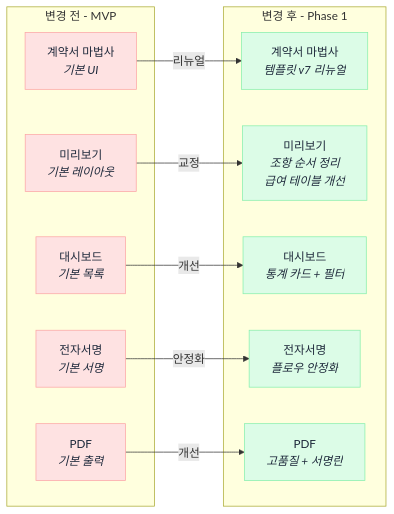
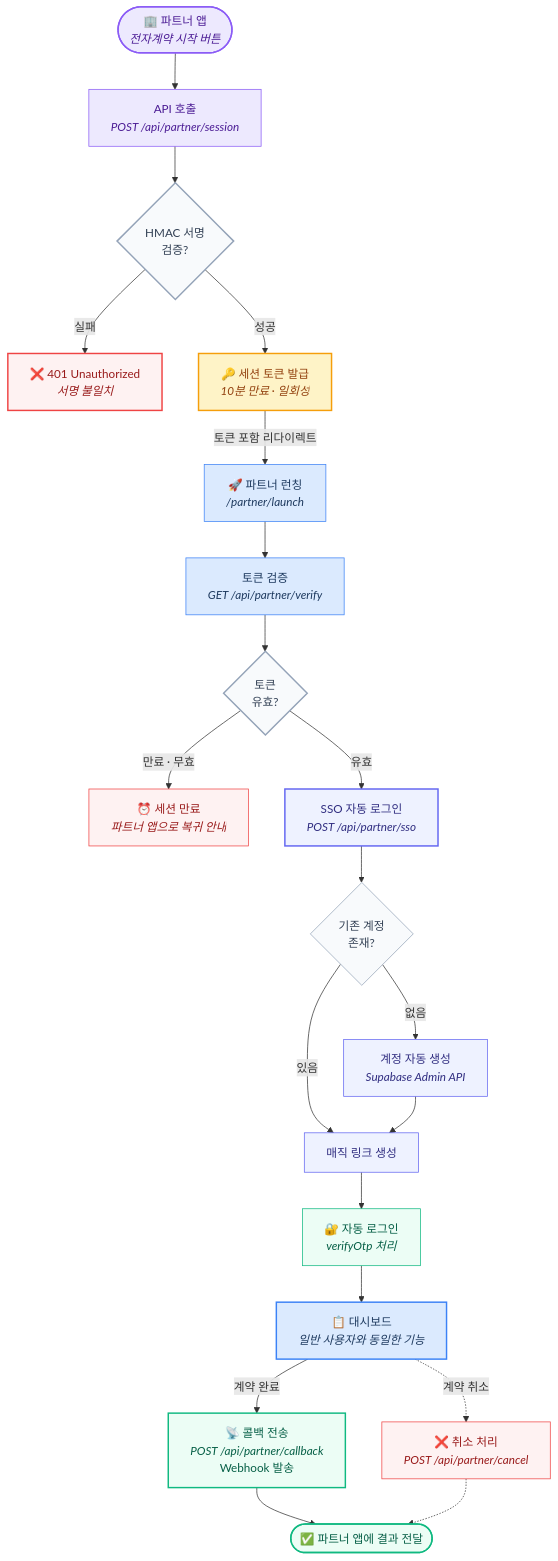
The fourth of 7 diagrams in docs/06_플로우차트.md (jadegirl/hagon26), drawn with Mermaid before and after one commit. The commit also changed other lines of this file and 1 other file, not shown here.

First line of the commit message:
docs: 플로우차트 TeamPro 스타일로 전면 재작성

````diff
--- a/docs/06_플로우차트.md
+++ b/docs/06_플로우차트.md
@@ -92,35 +179,48 @@
 ```mermaid
-flowchart LR
-    subgraph BEFORE [변경 전 - MVP]
-        B1[계약서 마법사<br/><i>기본 UI</i>]
-        B2[미리보기<br/><i>기본 레이아웃</i>]
-        B3[대시보드<br/><i>기본 목록</i>]
-        B4[전자서명<br/><i>기본 서명</i>]
-        B5[PDF<br/><i>기본 출력</i>]
-    end
+flowchart TD
+    PARTNER([🏢 파트너 앱<br/><i>전자계약 시작 버튼</i>]) --> API[API 호출<br/><i>POST /api/partner/session</i>]
 
-    subgraph AFTER [변경 후 - Phase 1]
-        A1[계약서 마법사<br/><i>템플릿 v7 리뉴얼</i>]
-        A2[미리보기<br/><i>조항 순서 정리<br/>급여 테이블 개선</i>]
-        A3[대시보드<br/><i>통계 카드 + 필터</i>]
-        A4[전자서명<br/><i>플로우 안정화</i>]
-        A5[PDF<br/><i>고품질 + 서명란</i>]
-    end
+    API --> HMAC{HMAC 서명<br/>검증?}
+    HMAC -->|실패| ERROR[❌ 401 Unauthorized<br/><i>서명 불일치</i>]
+    HMAC -->|성공| ISSUE[🔑 세션 토큰 발급<br/><i>10분 만료 · 일회성</i>]
 
-    B1 -->|리뉴얼| A1
-    B2 -->|교정| A2
-    B3 -->|개선| A3
-    B4 -->|안정화| A4
-    B5 -->|개선| A5
+    ISSUE -->|토큰 포함 리다이렉트| LAUNCH[🚀 파트너 런칭<br/><i>/partner/launch</i>]
+    LAUNCH --> VERIFY[토큰 검증<br/><i>GET /api/partner/verify</i>]
 
-    style B1 fill:#fee2e2,stroke:#fca5a5,color:#1e293b
-    style B2 fill:#fee2e2,stroke:#fca5a5,color:#1e293b
-    style B3 fill:#fee2e2,stroke:#fca5a5,color:#1e293b
-    style B4 fill:#fee2e2,stroke:#fca5a5,color:#1e293b
-    style B5 fill:#fee2e2,stroke:#fca5a5,color:#1e293b
-    style A1 fill:#dcfce7,stroke:#86efac,color:#1e293b
-    style A2 fill:#dcfce7,stroke:#86efac,color:#1e293b
-    style A3 fill:#dcfce7,stroke:#86efac,color:#1e293b
-    style A4 fill:#dcfce7,stroke:#86efac,color:#1e293b
-    style A5 fill:#dcfce7,stroke:#86efac,color:#1e293b
+    VERIFY --> VALID{토큰<br/>유효?}
+    VALID -->|만료 · 무효| EXPIRED[⏰ 세션 만료<br/><i>파트너 앱으로 복귀 안내</i>]
+    VALID -->|유효| SSO[SSO 자동 로그인<br/><i>POST /api/partner/sso</i>]
+
+    SSO --> ACCOUNT{기존 계정<br/>존재?}
+    ACCOUNT -->|없음| CREATE[계정 자동 생성<br/><i>Supabase Admin API</i>]
+    ACCOUNT -->|있음| MAGIC[매직 링크 생성]
+    CREATE --> MAGIC
+
+    MAGIC --> AUTO_LOGIN[🔐 자동 로그인<br/><i>verifyOtp 처리</i>]
+    AUTO_LOGIN --> DASH[📋 대시보드<br/><i>일반 사용자와 동일한 기능</i>]
+
+    DASH -->|계약 완료| CALLBACK[📡 콜백 전송<br/><i>POST /api/partner/callback</i><br/>Webhook 발송]
+    DASH -.->|계약 취소| CANCEL[❌ 취소 처리<br/><i>POST /api/partner/cancel</i>]
+
+    CALLBACK --> RETURN([✅ 파트너 앱에 결과 전달])
+    CANCEL -.-> RETURN
+
+    style PARTNER fill:#ede9fe,stroke:#8b5cf6,stroke-width:2px,color:#4c1d95
+    style API fill:#ede9fe,stroke:#8b5cf6,stroke-width:1px,color:#4c1d95
+    style HMAC fill:#f8fafc,stroke:#94a3b8,stroke-width:2px,color:#334155
+    style ERROR fill:#fef2f2,stroke:#ef4444,stroke-width:2px,color:#991b1b
+    style ISSUE fill:#fef3c7,stroke:#f59e0b,stroke-width:2px,color:#92400e
+    style LAUNCH fill:#dbeafe,stroke:#3b82f6,stroke-width:1px,color:#1e3a5f
+    style VERIFY fill:#dbeafe,stroke:#3b82f6,stroke-width:1px,color:#1e3a5f
+    style VALID fill:#f8fafc,stroke:#94a3b8,stroke-width:2px,color:#334155
+    style EXPIRED fill:#fef2f2,stroke:#ef4444,stroke-width:1px,color:#991b1b
+    style SSO fill:#eef2ff,stroke:#6366f1,stroke-width:2px,color:#312e81
+    style ACCOUNT fill:#f8fafc,stroke:#94a3b8,stroke-width:1px,color:#334155
+    style CREATE fill:#eef2ff,stroke:#6366f1,stroke-width:1px,color:#312e81
+    style MAGIC fill:#eef2ff,stroke:#6366f1,stroke-width:1px,color:#312e81
+    style AUTO_LOGIN fill:#ecfdf5,stroke:#10b981,stroke-width:1px,color:#065f46
+    style DASH fill:#dbeafe,stroke:#3b82f6,stroke-width:2px,color:#1e3a5f
+    style CALLBACK fill:#ecfdf5,stroke:#10b981,stroke-width:2px,color:#065f46
+    style CANCEL fill:#fef2f2,stroke:#ef4444,stroke-width:1px,color:#991b1b
+    style RETURN fill:#ecfdf5,stroke:#10b981,stroke-width:2px,color:#065f46
 ```
````
